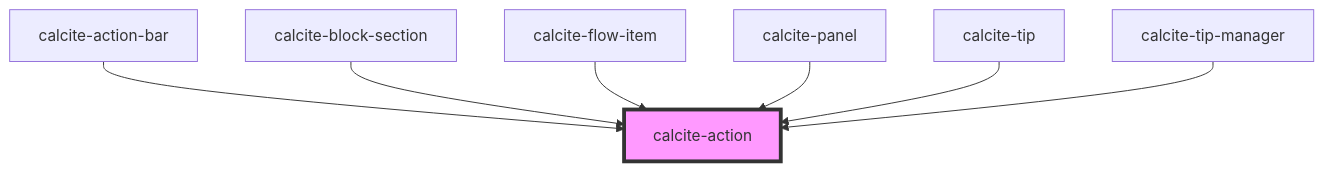
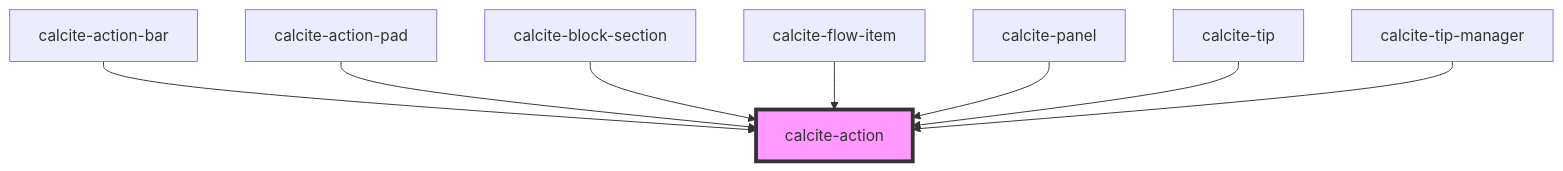
One commit to Esri/calcite-app-components changed the diagram in src/components/calcite-action/readme.md. Above: the diagram before and after it, drawn with Mermaid. The commit also changed other lines of this file and 43 other files, not shown here.

````diff
--- a/src/components/calcite-action/readme.md
+++ b/src/components/calcite-action/readme.md
@@ -70,10 +78,11 @@
 ```mermaid
 graph TD;
   calcite-action-bar --> calcite-action
+  calcite-action-pad --> calcite-action
   calcite-block-section --> calcite-action
   calcite-flow-item --> calcite-action
   calcite-panel --> calcite-action
   calcite-tip --> calcite-action
   calcite-tip-manager --> calcite-action
   style calcite-action fill:#f9f,stroke:#333,stroke-width:4px
 ```
````
